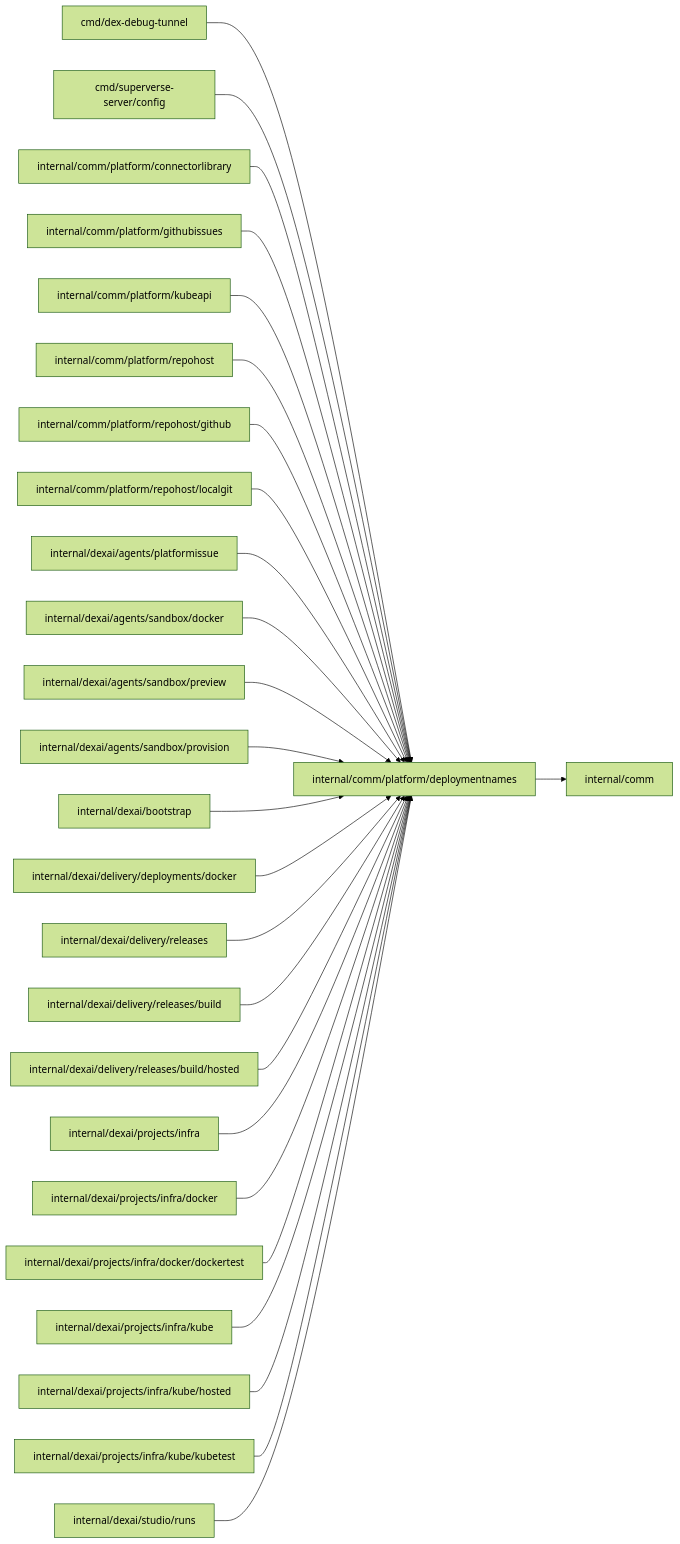
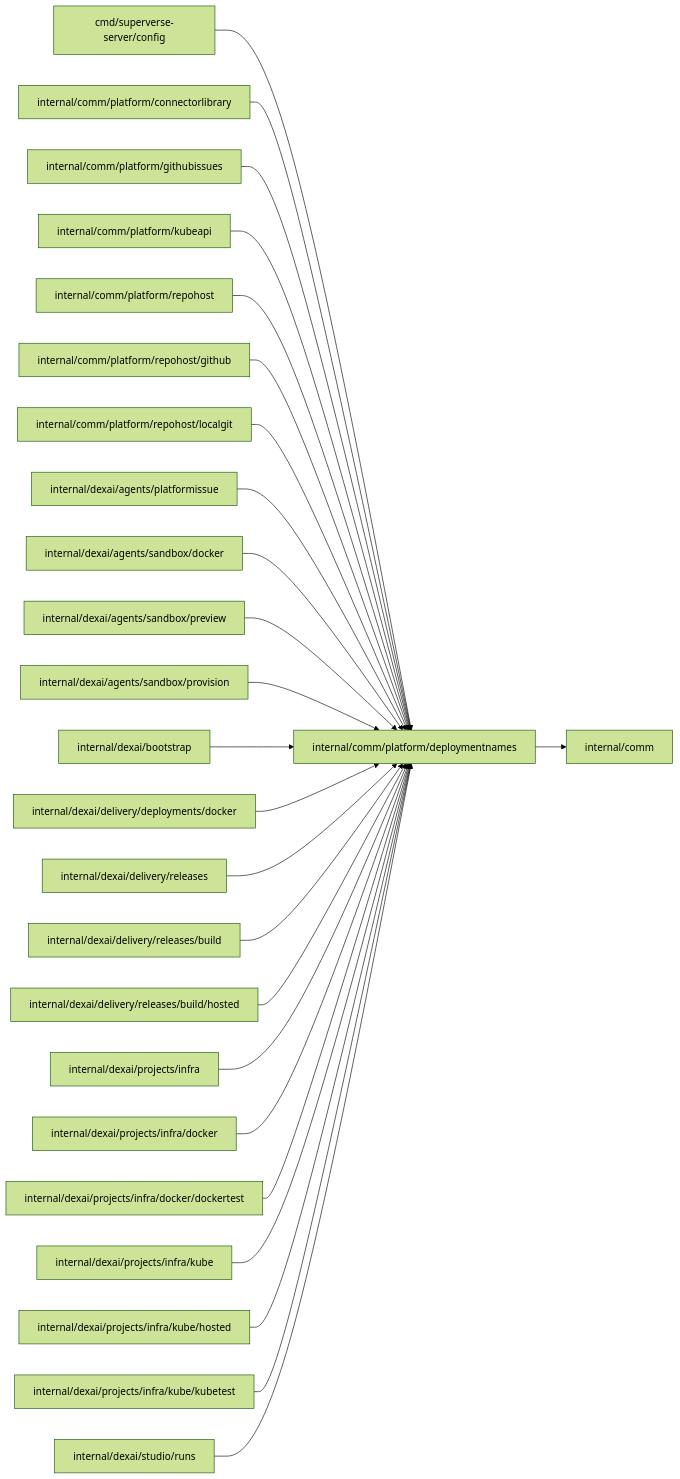
The diagram in internal/comm/platform/deploymentnames/README.md (superdurable/superverse), drawn with Mermaid (forest theme) before and after one commit. The commit also changed other lines of this file and 10 other files, not shown here.

First line of the commit message:
DEXWEBAUTH: Require a password for hosted Dex Web

````diff
--- a/internal/comm/platform/deploymentnames/README.md
+++ b/internal/comm/platform/deploymentnames/README.md
@@ -10,29 +10,28 @@
 ```mermaid
 flowchart LR
   self["internal/comm/platform/deploymentnames"]
-  c0["cmd/dex-debug-tunnel"] --> self
-  c1["cmd/superverse-server/config"] --> self
-  c2["internal/comm/platform/connectorlibrary"] --> self
-  c3["internal/comm/platform/githubissues"] --> self
-  c4["internal/comm/platform/kubeapi"] --> self
-  c5["internal/comm/platform/repohost"] --> self
-  c6["internal/comm/platform/repohost/github"] --> self
-  c7["internal/comm/platform/repohost/localgit"] --> self
-  c8["internal/dexai/agents/platformissue"] --> self
-  c9["internal/dexai/agents/sandbox/docker"] --> self
-  c10["internal/dexai/agents/sandbox/preview"] --> self
-  c11["internal/dexai/agents/sandbox/provision"] --> self
-  c12["internal/dexai/bootstrap"] --> self
-  c13["internal/dexai/delivery/deployments/docker"] --> self
-  c14["internal/dexai/delivery/releases"] --> self
-  c15["internal/dexai/delivery/releases/build"] --> self
-  c16["internal/dexai/delivery/releases/build/hosted"] --> self
-  c17["internal/dexai/projects/infra"] --> self
-  c18["internal/dexai/projects/infra/docker"] --> self
-  c19["internal/dexai/projects/infra/docker/dockertest"] --> self
-  c20["internal/dexai/projects/infra/kube"] --> self
-  c21["internal/dexai/projects/infra/kube/hosted"] --> self
-  c22["internal/dexai/projects/infra/kube/kubetest"] --> self
-  c23["internal/dexai/studio/runs"] --> self
+  c0["cmd/superverse-server/config"] --> self
+  c1["internal/comm/platform/connectorlibrary"] --> self
+  c2["internal/comm/platform/githubissues"] --> self
+  c3["internal/comm/platform/kubeapi"] --> self
+  c4["internal/comm/platform/repohost"] --> self
+  c5["internal/comm/platform/repohost/github"] --> self
+  c6["internal/comm/platform/repohost/localgit"] --> self
+  c7["internal/dexai/agents/platformissue"] --> self
+  c8["internal/dexai/agents/sandbox/docker"] --> self
+  c9["internal/dexai/agents/sandbox/preview"] --> self
+  c10["internal/dexai/agents/sandbox/provision"] --> self
+  c11["internal/dexai/bootstrap"] --> self
+  c12["internal/dexai/delivery/deployments/docker"] --> self
+  c13["internal/dexai/delivery/releases"] --> self
+  c14["internal/dexai/delivery/releases/build"] --> self
+  c15["internal/dexai/delivery/releases/build/hosted"] --> self
+  c16["internal/dexai/projects/infra"] --> self
+  c17["internal/dexai/projects/infra/docker"] --> self
+  c18["internal/dexai/projects/infra/docker/dockertest"] --> self
+  c19["internal/dexai/projects/infra/kube"] --> self
+  c20["internal/dexai/projects/infra/kube/hosted"] --> self
+  c21["internal/dexai/projects/infra/kube/kubetest"] --> self
+  c22["internal/dexai/studio/runs"] --> self
   self --> d0["internal/comm"]
 ```
````
